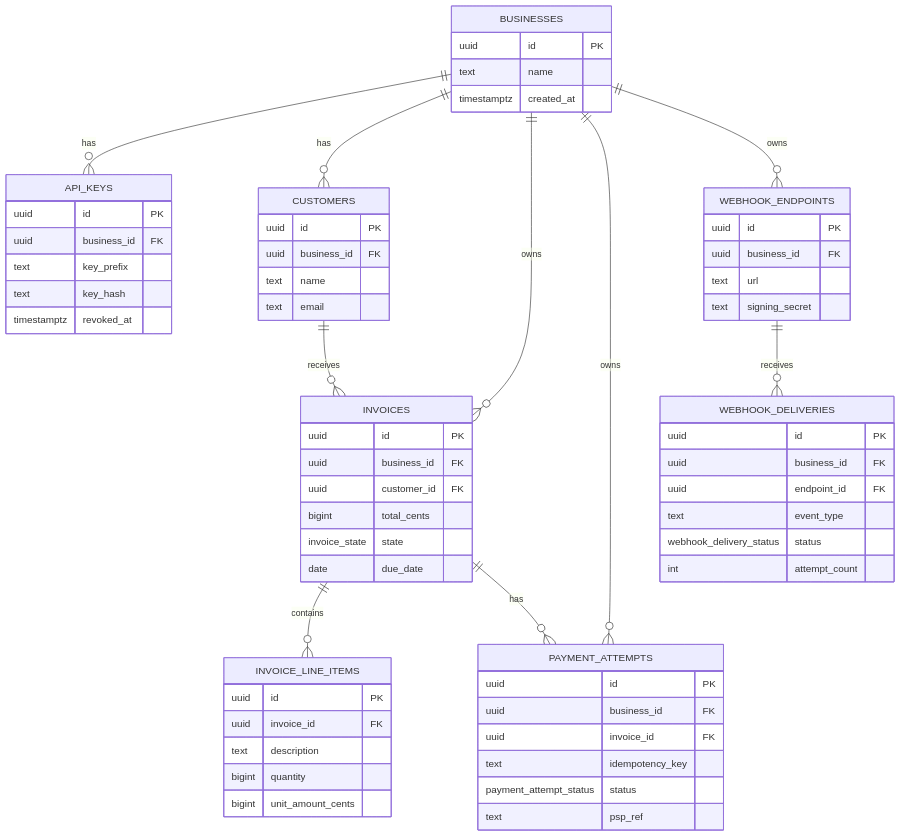
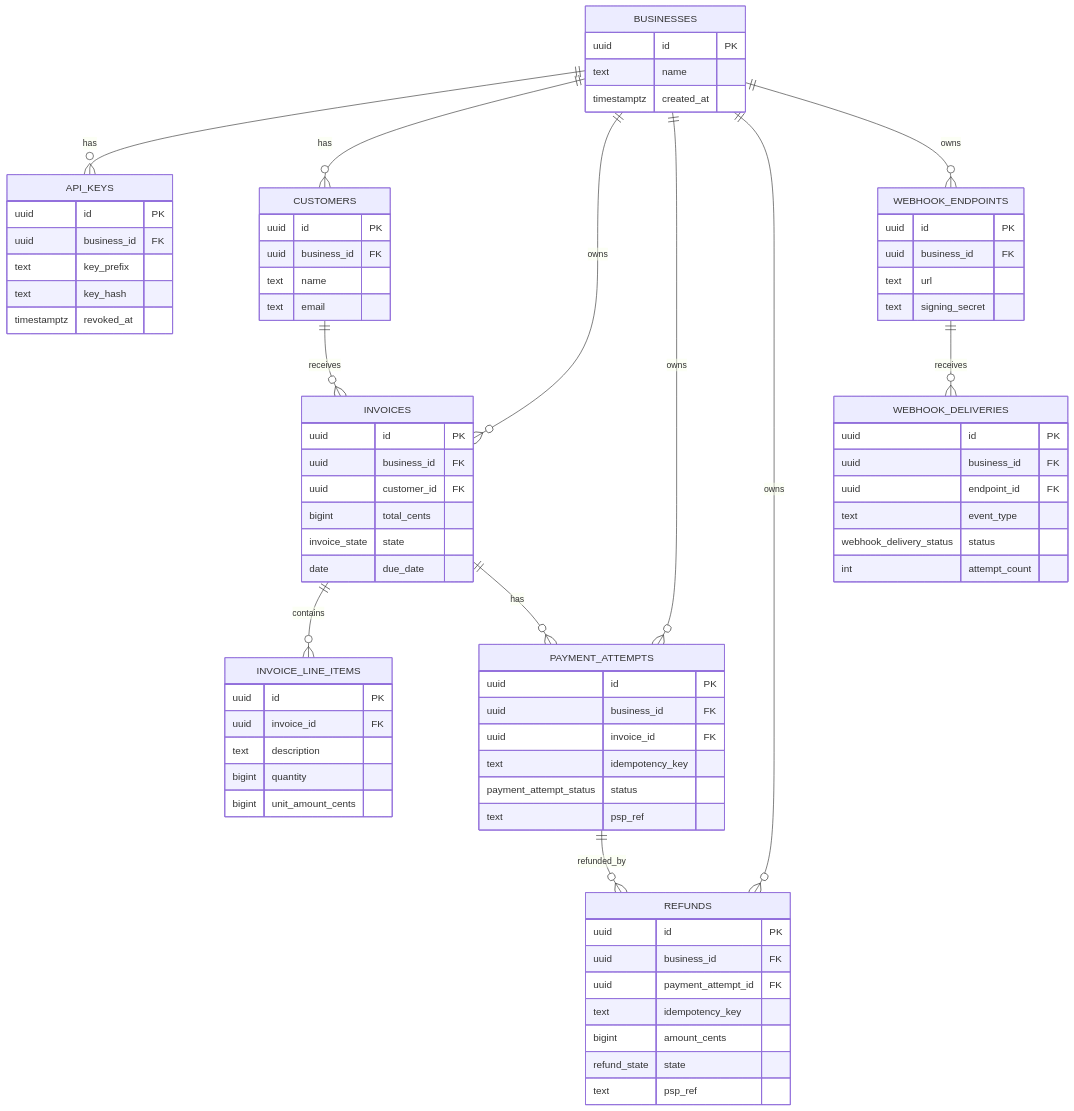
Before and after one commit to Ansh1902396/invoice-manager-api-rust: the first of 3 diagrams in DESIGN.md, drawn with Mermaid. The commit also changed other lines of this file, not shown here.

Commit message:
doc(design): add reconcillation methods and refund design

```diff
--- a/DESIGN.md
+++ b/DESIGN.md
@@ -8,10 +8,12 @@
     BUSINESSES ||--o{ CUSTOMERS : has
     BUSINESSES ||--o{ INVOICES : owns
     BUSINESSES ||--o{ PAYMENT_ATTEMPTS : owns
+    BUSINESSES ||--o{ REFUNDS : owns
     BUSINESSES ||--o{ WEBHOOK_ENDPOINTS : owns
     CUSTOMERS ||--o{ INVOICES : receives
     INVOICES ||--o{ INVOICE_LINE_ITEMS : contains
     INVOICES ||--o{ PAYMENT_ATTEMPTS : has
+    PAYMENT_ATTEMPTS ||--o{ REFUNDS : refunded_by
     WEBHOOK_ENDPOINTS ||--o{ WEBHOOK_DELIVERIES : receives
 
     BUSINESSES {
@@ -61,6 +63,16 @@
         text psp_ref
     }
 
+    REFUNDS {
+        uuid id PK
+        uuid business_id FK
+        uuid payment_attempt_id FK
+        text idempotency_key
+        bigint amount_cents
+        refund_state state
+        text psp_ref
+    }
+
     WEBHOOK_ENDPOINTS {
         uuid id PK
         uuid business_id FK
```
